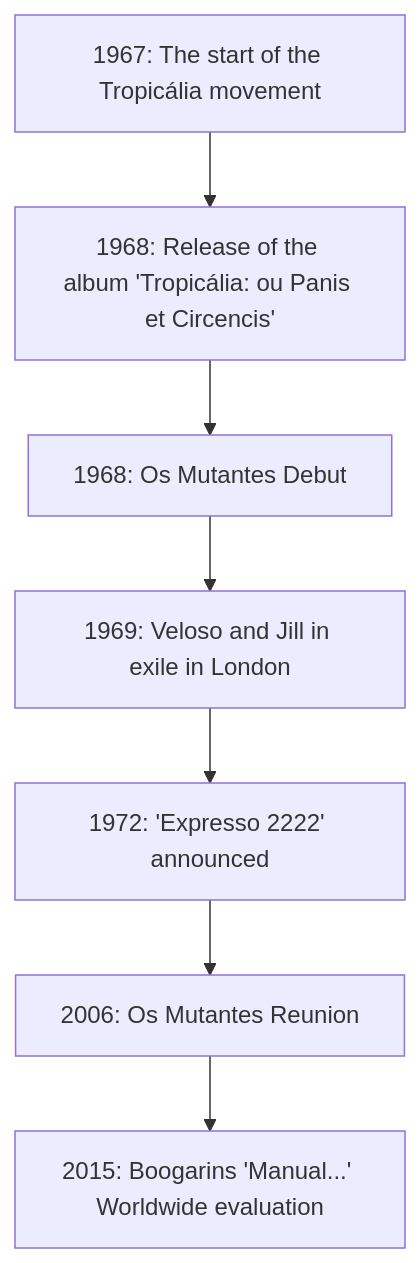
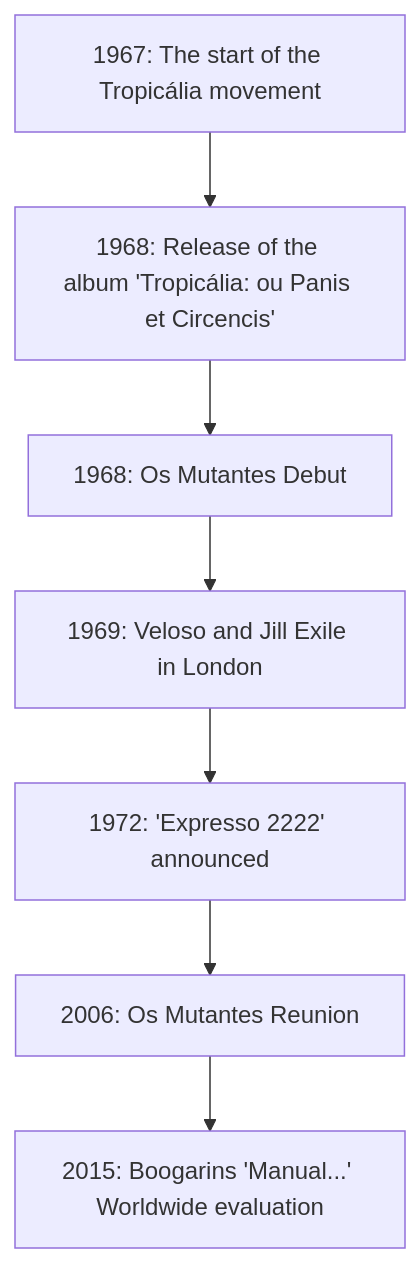
The diagram in en/_posts/2025-10-08-Colum-Brazilian-Psychedelic-Music.md (monumental-movement/monumental-movement.github.io), drawn with Mermaid before and after one commit. The commit also changed other lines of this file and 1012 other files, not shown here.

```diff
--- a/en/_posts/2025-10-08-Colum-Brazilian-Psychedelic-Music.md
+++ b/en/_posts/2025-10-08-Colum-Brazilian-Psychedelic-Music.md
@@ -103,14 +103,14 @@
 <div class="mermaid">
 
 flowchart TD
     A1967["1967: The start of the Tropicália movement"]
     A1968a["1968: Release of the album 'Tropicália: ou Panis et Circencis'"]
     A1968b["1968: Os Mutantes Debut"]
-    A1969["1969: Veloso and Jill in exile in London"]
+    A1969["1969: Veloso and Jill Exile in London"]
     A1972["1972: 'Expresso 2222' announced"]
     A2006["2006: Os Mutantes Reunion"]
     A2015["2015: Boogarins 'Manual...' Worldwide evaluation"]
 
     A1967 --> A1968a --> A1968b --> A1969 --> A1972 --> A2006 --> A2015
 
 </div>
```
